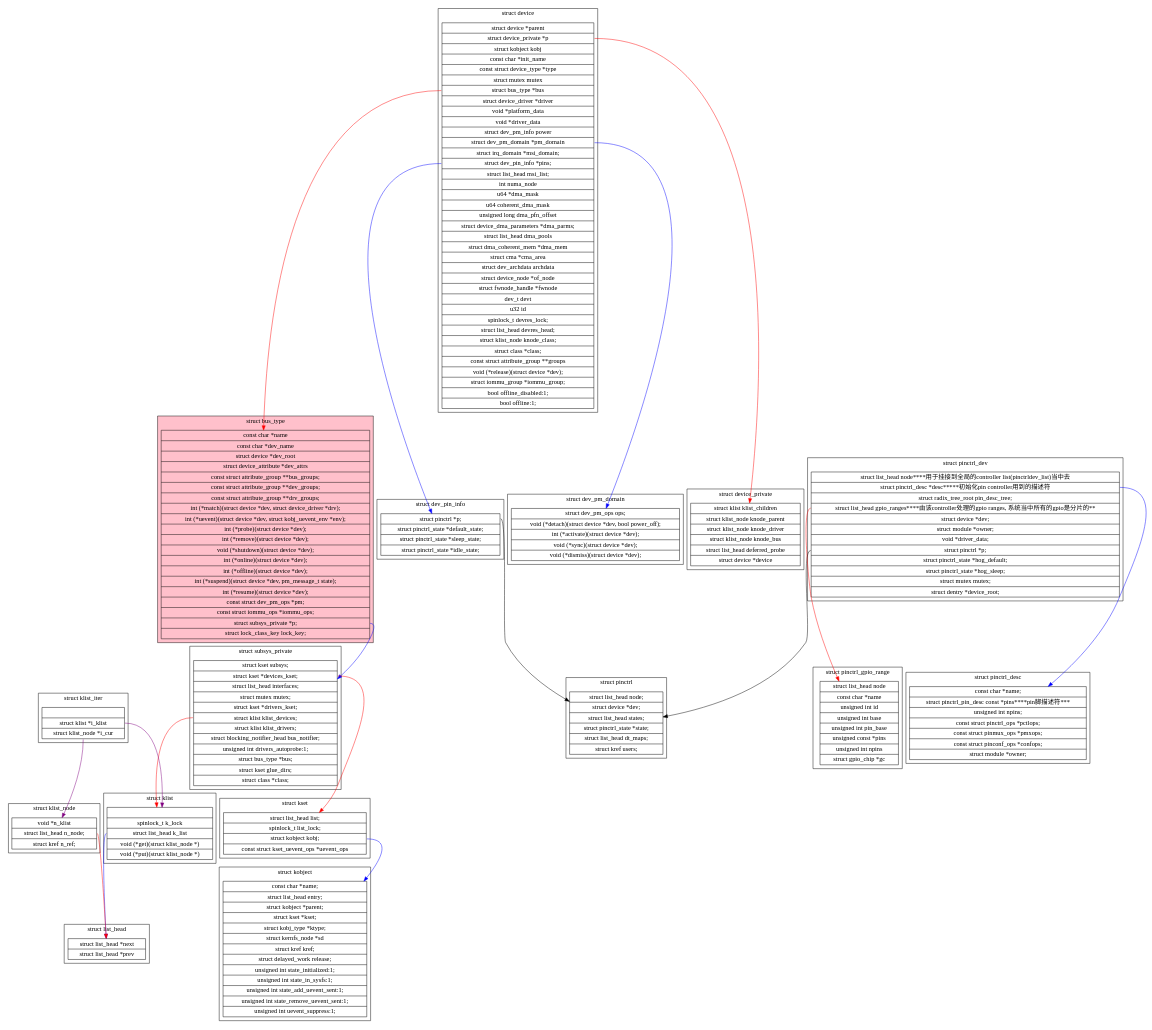
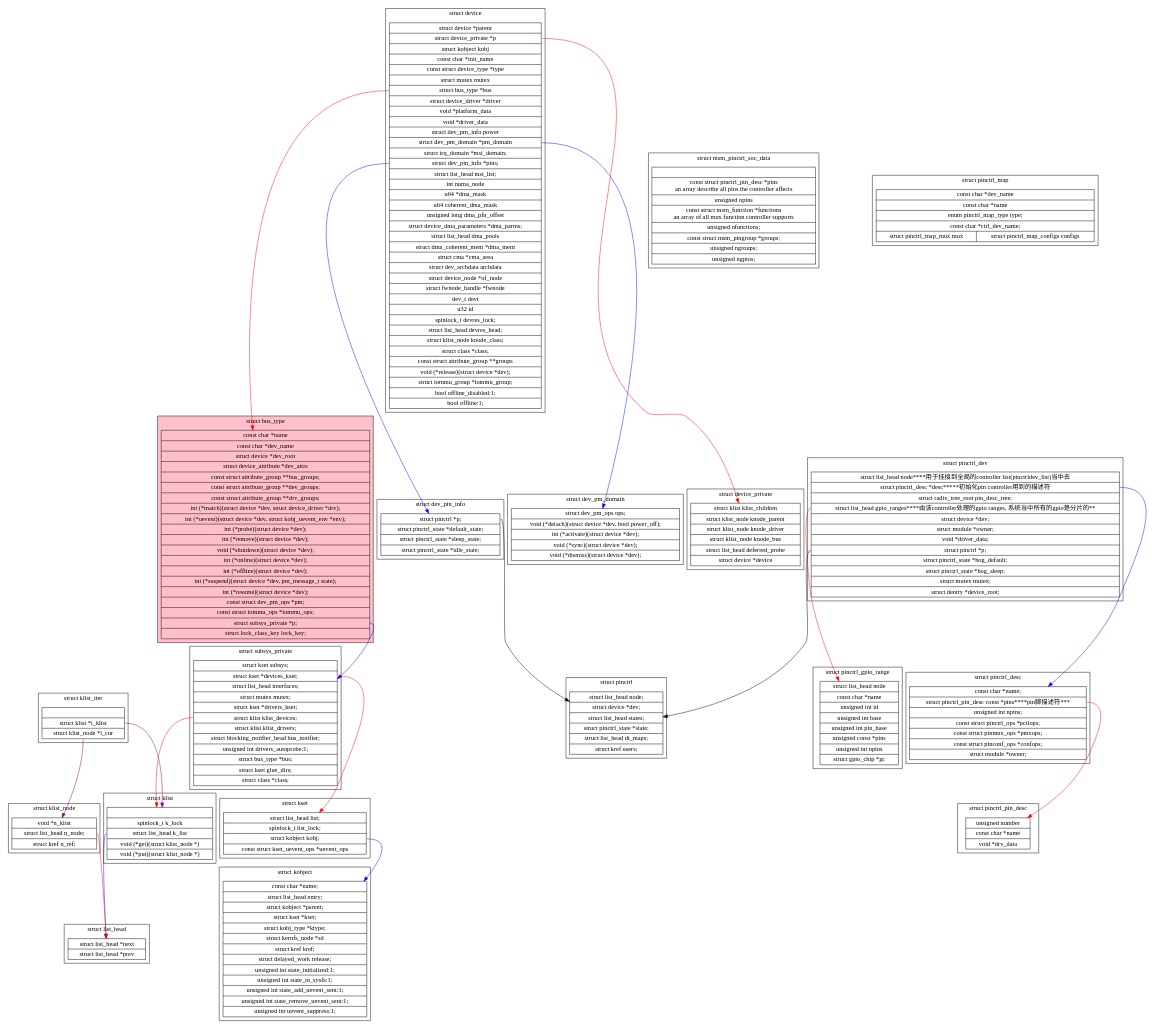
Before and after one commit to YsuXia/Debian-Learning: the diagram in graphviz/kernel/platform-bus.dot, drawn with Graphviz. The commit also changed 1 other file, not shown here.

```diff
--- a/graphviz/kernel/platform-bus.dot
+++ b/graphviz/kernel/platform-bus.dot
@@ -123,13 +123,23 @@
 		label="struct pinctrl_desc";
 		"struct pinctrl_desc"[label="{
 		const char *name;
-    |struct pinctrl_pin_desc const *pins****pin脚描述符***
+    |<pins>struct pinctrl_pin_desc const *pins****pin脚描述符***
     |unsigned int npins;
     |const struct pinctrl_ops *pctlops;
     |const struct pinmux_ops *pmxops;
     |const struct pinconf_ops *confops;
     |struct module *owner;
 	}"];
+	}
+
+	"struct pinctrl_desc":pins->"struct pinctrl_pin_desc"[color=red];
+	subgraph cluster_struct_pinctrl_pin_desc{
+		label="struct pinctrl_pin_desc";
+		"struct pinctrl_pin_desc"[label="{
+			unsigned number
+			|const char *name
+			|void *drv_data
+		}"];
 	}
 
 	subgraph cluster_struct_device{
@@ -257,4 +267,30 @@
 	}"];
 	}
 
+	subgraph cluster_struct_msm_pinctrl_soc_data{
+		label="struct msm_pinctrl_soc_data";
+		"struct msm_pinctrl_soc_data"[label="{
+	|const struct pinctrl_pin_desc *pins\n
+	an array describe all pins the controller affects
+    |unsigned npins
+    |const struct msm_function *functions\n
+    an array of all mux function controller supports
+    |unsigned nfunctions;
+    |const struct msm_pingroup *groups;
+    |unsigned ngroups;
+    |unsigned ngpios;
+		}"];
+	}
+
+	subgraph cluster_struct_pinctrl_map{
+		label="struct pinctrl_map";
+		"struct pinctrl_map"[label="{
+		const char *dev_name
+    |const char *name
+    |enum pinctrl_map_type type;
+    |const char *ctrl_dev_name;
+	|{struct pinctrl_map_mux mux|struct pinctrl_map_configs configs}
+	}"];
+	}
+
 }
```
